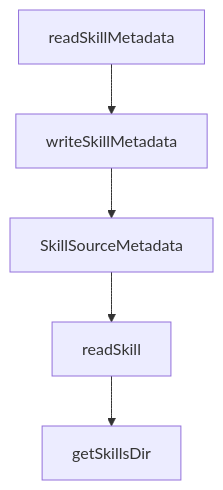
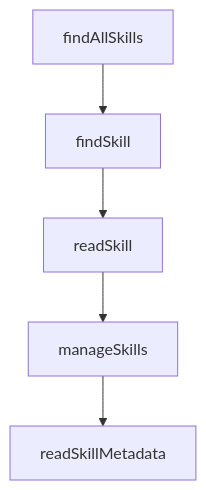
The diagram in tutorials/openskills-tutorial/08-production-security-and-operations.md (johnxie/awesome-code-docs), drawn with Mermaid before and after one commit. The commit also changed other lines of this file and 1232 other files, not shown here.

````diff
--- a/tutorials/openskills-tutorial/08-production-security-and-operations.md
+++ b/tutorials/openskills-tutorial/08-production-security-and-operations.md
@@ -168,12 +183,12 @@
 ```mermaid
 flowchart TD
-    A[readSkillMetadata]
-    B[writeSkillMetadata]
-    C[SkillSourceMetadata]
-    D[readSkill]
-    E[getSkillsDir]
+    A[findAllSkills]
+    B[findSkill]
+    C[readSkill]
+    D[manageSkills]
+    E[readSkillMetadata]
     A --> B
     B --> C
     C --> D
     D --> E
 ```
````
